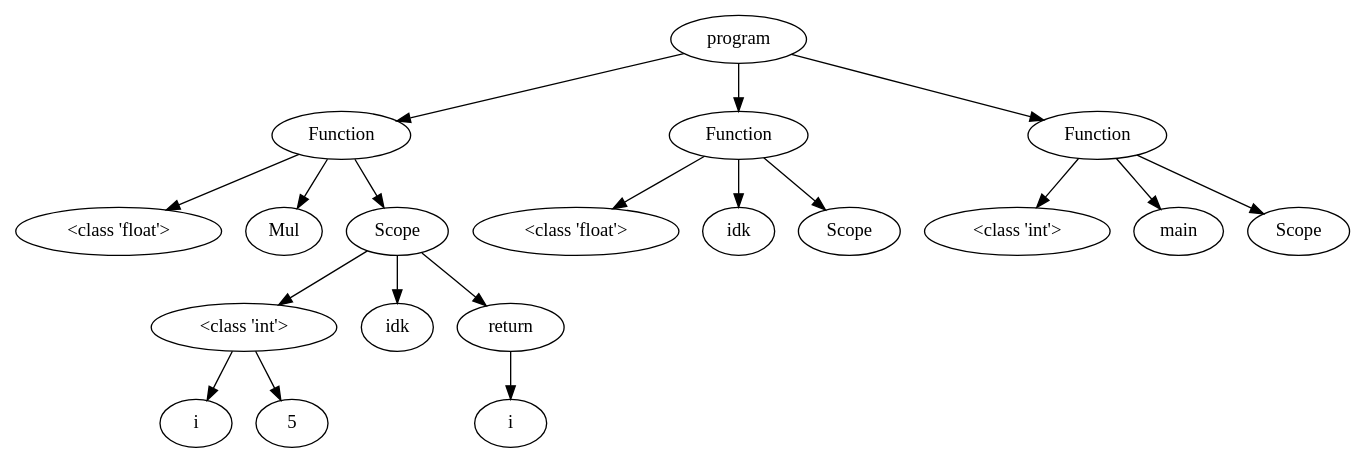
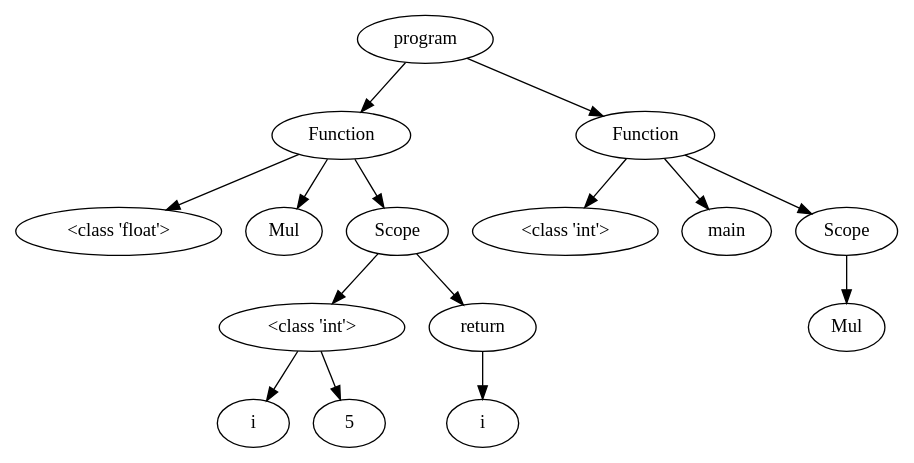
One commit to NielsVandenBroeck/COMP_Compiler changed the diagram in OutputFiles/dotVisualization.dot. Above: the diagram before and after it, drawn with Graphviz. The commit also changed 4 other files, not shown here.

```diff
--- a/OutputFiles/dotVisualization.dot
+++ b/OutputFiles/dotVisualization.dot
@@ -1,45 +1,37 @@
 digraph G { 
-"<AST.AST object at 0x000001BD771F56A0> (0)"[label="program"]
-"<AST.ASTFunction object at 0x000001BD771F5430> (1)"[label="Function"]
-"<AST.AST object at 0x000001BD771F56A0> (0)"->"<AST.ASTFunction object at 0x000001BD771F5430> (1)"
-"<AST.ASTFunction object at 0x000001BD771F5430> (1)"[label="Function"]
-"<AST.ASTDataType object at 0x000001BD771F5A90> (2)"[label="<class 'float'>"]
-"<AST.ASTFunction object at 0x000001BD771F5430> (1)"->"<AST.ASTDataType object at 0x000001BD771F5A90> (2)"
-"<AST.ASTFunctionName object at 0x000001BD771F54F0> (2)"[label="Mul"]
-"<AST.ASTFunction object at 0x000001BD771F5430> (1)"->"<AST.ASTFunctionName object at 0x000001BD771F54F0> (2)"
-"<AST.ASTScope object at 0x000001BD771F54C0> (2)"[label="Scope"]
-"<AST.ASTFunction object at 0x000001BD771F5430> (1)"->"<AST.ASTScope object at 0x000001BD771F54C0> (2)"
-"<AST.ASTScope object at 0x000001BD771F54C0> (2)"[label="Scope"]
-"<AST.ASTDataType object at 0x000001BD771F5760> (3)"[label="<class 'int'>"]
-"<AST.ASTScope object at 0x000001BD771F54C0> (2)"->"<AST.ASTDataType object at 0x000001BD771F5760> (3)"
-"<AST.ASTDataType object at 0x000001BD771F5760> (3)"[label="<class 'int'>"]
-"<AST.ASTVariable object at 0x000001BD771F59A0> (4)"[label="i"]
-"<AST.ASTDataType object at 0x000001BD771F5760> (3)"->"<AST.ASTVariable object at 0x000001BD771F59A0> (4)"
-"<AST.AST object at 0x000001BD771F5520> (4)"[label="5"]
-"<AST.ASTDataType object at 0x000001BD771F5760> (3)"->"<AST.AST object at 0x000001BD771F5520> (4)"
-"<AST.ASTFunctionName object at 0x000001BD771F5340> (3)"[label="idk"]
-"<AST.ASTScope object at 0x000001BD771F54C0> (2)"->"<AST.ASTFunctionName object at 0x000001BD771F5340> (3)"
-"<AST.ASTReturn object at 0x000001BD771F5460> (3)"[label="return"]
-"<AST.ASTScope object at 0x000001BD771F54C0> (2)"->"<AST.ASTReturn object at 0x000001BD771F5460> (3)"
-"<AST.ASTReturn object at 0x000001BD771F5460> (3)"[label="return"]
-"<AST.ASTVariable object at 0x000001BD771F5820> (4)"[label="i"]
-"<AST.ASTReturn object at 0x000001BD771F5460> (3)"->"<AST.ASTVariable object at 0x000001BD771F5820> (4)"
-"<AST.ASTFunction object at 0x000001BD771F5040> (1)"[label="Function"]
-"<AST.AST object at 0x000001BD771F56A0> (0)"->"<AST.ASTFunction object at 0x000001BD771F5040> (1)"
-"<AST.ASTFunction object at 0x000001BD771F5040> (1)"[label="Function"]
-"<AST.ASTDataType object at 0x000001BD771F50D0> (2)"[label="<class 'float'>"]
-"<AST.ASTFunction object at 0x000001BD771F5040> (1)"->"<AST.ASTDataType object at 0x000001BD771F50D0> (2)"
-"<AST.ASTFunctionName object at 0x000001BD771F53D0> (2)"[label="idk"]
-"<AST.ASTFunction object at 0x000001BD771F5040> (1)"->"<AST.ASTFunctionName object at 0x000001BD771F53D0> (2)"
-"<AST.ASTScope object at 0x000001BD771F59D0> (2)"[label="Scope"]
-"<AST.ASTFunction object at 0x000001BD771F5040> (1)"->"<AST.ASTScope object at 0x000001BD771F59D0> (2)"
-"<AST.ASTFunction object at 0x000001BD771F5A30> (1)"[label="Function"]
-"<AST.AST object at 0x000001BD771F56A0> (0)"->"<AST.ASTFunction object at 0x000001BD771F5A30> (1)"
-"<AST.ASTFunction object at 0x000001BD771F5A30> (1)"[label="Function"]
-"<AST.ASTDataType object at 0x000001BD771F5550> (2)"[label="<class 'int'>"]
-"<AST.ASTFunction object at 0x000001BD771F5A30> (1)"->"<AST.ASTDataType object at 0x000001BD771F5550> (2)"
-"<AST.ASTFunctionName object at 0x000001BD771F57F0> (2)"[label="main"]
-"<AST.ASTFunction object at 0x000001BD771F5A30> (1)"->"<AST.ASTFunctionName object at 0x000001BD771F57F0> (2)"
-"<AST.ASTScope object at 0x000001BD771F5CA0> (2)"[label="Scope"]
-"<AST.ASTFunction object at 0x000001BD771F5A30> (1)"->"<AST.ASTScope object at 0x000001BD771F5CA0> (2)"
+"<AST.AST object at 0x0000015851C72940> (0)"[label="program"]
+"<AST.ASTFunction object at 0x0000015851C72D00> (1)"[label="Function"]
+"<AST.AST object at 0x0000015851C72940> (0)"->"<AST.ASTFunction object at 0x0000015851C72D00> (1)"
+"<AST.ASTFunction object at 0x0000015851C72D00> (1)"[label="Function"]
+"<AST.ASTDataType object at 0x0000015851C72AF0> (2)"[label="<class 'float'>"]
+"<AST.ASTFunction object at 0x0000015851C72D00> (1)"->"<AST.ASTDataType object at 0x0000015851C72AF0> (2)"
+"<AST.ASTFunctionName object at 0x0000015851C724F0> (2)"[label="Mul"]
+"<AST.ASTFunction object at 0x0000015851C72D00> (1)"->"<AST.ASTFunctionName object at 0x0000015851C724F0> (2)"
+"<AST.ASTScope object at 0x0000015851C72EB0> (2)"[label="Scope"]
+"<AST.ASTFunction object at 0x0000015851C72D00> (1)"->"<AST.ASTScope object at 0x0000015851C72EB0> (2)"
+"<AST.ASTScope object at 0x0000015851C72EB0> (2)"[label="Scope"]
+"<AST.ASTDataType object at 0x0000015851C722E0> (3)"[label="<class 'int'>"]
+"<AST.ASTScope object at 0x0000015851C72EB0> (2)"->"<AST.ASTDataType object at 0x0000015851C722E0> (3)"
+"<AST.ASTDataType object at 0x0000015851C722E0> (3)"[label="<class 'int'>"]
+"<AST.ASTVariable object at 0x0000015851C727C0> (4)"[label="i"]
+"<AST.ASTDataType object at 0x0000015851C722E0> (3)"->"<AST.ASTVariable object at 0x0000015851C727C0> (4)"
+"<AST.AST object at 0x0000015851C72640> (4)"[label="5"]
+"<AST.ASTDataType object at 0x0000015851C722E0> (3)"->"<AST.AST object at 0x0000015851C72640> (4)"
+"<AST.ASTReturn object at 0x0000015851C72820> (3)"[label="return"]
+"<AST.ASTScope object at 0x0000015851C72EB0> (2)"->"<AST.ASTReturn object at 0x0000015851C72820> (3)"
+"<AST.ASTReturn object at 0x0000015851C72820> (3)"[label="return"]
+"<AST.ASTVariable object at 0x0000015851C72A00> (4)"[label="i"]
+"<AST.ASTReturn object at 0x0000015851C72820> (3)"->"<AST.ASTVariable object at 0x0000015851C72A00> (4)"
+"<AST.ASTFunction object at 0x0000015851C72610> (1)"[label="Function"]
+"<AST.AST object at 0x0000015851C72940> (0)"->"<AST.ASTFunction object at 0x0000015851C72610> (1)"
+"<AST.ASTFunction object at 0x0000015851C72610> (1)"[label="Function"]
+"<AST.ASTDataType object at 0x0000015851C72760> (2)"[label="<class 'int'>"]
+"<AST.ASTFunction object at 0x0000015851C72610> (1)"->"<AST.ASTDataType object at 0x0000015851C72760> (2)"
+"<AST.ASTFunctionName object at 0x0000015851C72100> (2)"[label="main"]
+"<AST.ASTFunction object at 0x0000015851C72610> (1)"->"<AST.ASTFunctionName object at 0x0000015851C72100> (2)"
+"<AST.ASTScope object at 0x0000015851C72190> (2)"[label="Scope"]
+"<AST.ASTFunction object at 0x0000015851C72610> (1)"->"<AST.ASTScope object at 0x0000015851C72190> (2)"
+"<AST.ASTScope object at 0x0000015851C72190> (2)"[label="Scope"]
+"<AST.ASTFunctionName object at 0x0000015851C72CA0> (3)"[label="Mul"]
+"<AST.ASTScope object at 0x0000015851C72190> (2)"->"<AST.ASTFunctionName object at 0x0000015851C72CA0> (3)"
 }
```
